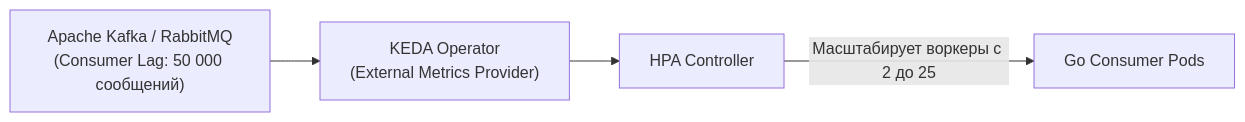
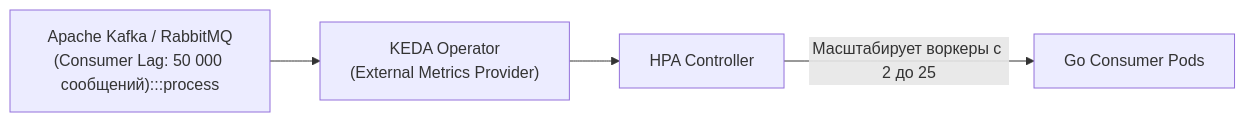
The fifth of 5 diagrams in sources/14. Распределенные системы на Go/07. Kubernetes и деплой/5. Horizontal scaling.md (UnrealTemplier/go-textbook), drawn with Mermaid before and after one commit. The commit also changed other lines of this file and 1666 other files, not shown here.

First line of the commit message:
feat(mermaid): add semantic color classDef to 1369 colorless flowchart/graph diagrams

````diff
--- a/sources/14. Распределенные системы на Go/07. Kubernetes и деплой/5. Horizontal scaling.md
+++ b/sources/14. Распределенные системы на Go/07. Kubernetes и деплой/5. Horizontal scaling.md
@@ -262,6 +282,16 @@
 ```mermaid
 flowchart LR
-    Kafka["Apache Kafka / RabbitMQ\n(Consumer Lag: 50 000 сообщений)"] --> KEDA["KEDA Operator\n(External Metrics Provider)"]
+    classDef process  fill:#1e293b,stroke:#38bdf8,stroke-width:1px,color:#f8fafc
+    classDef success  fill:#064e3b,stroke:#34d399,stroke-width:1px,color:#f8fafc
+    classDef error    fill:#7f1d1d,stroke:#f87171,stroke-width:1px,color:#f8fafc
+    classDef warning  fill:#78350f,stroke:#fbbf24,stroke-width:1px,color:#f8fafc
+    classDef entry    fill:#1e3a5f,stroke:#38bdf8,stroke-width:2px,color:#f8fafc
+    classDef aux      fill:#334155,stroke:#64748b,stroke-width:1px,color:#f8fafc
+    classDef system   fill:#312e81,stroke:#a78bfa,stroke-width:1px,color:#f8fafc
+    classDef data     fill:#132d29,stroke:#2dd4bf,stroke-width:1px,color:#f8fafc
+    classDef network  fill:#881337,stroke:#fb7185,stroke-width:1px,color:#f8fafc
+    classDef accent   fill:#1e1b4b,stroke:#818cf8,stroke-width:1px,color:#f8fafc
+    Kafka["Apache Kafka / RabbitMQ\n(Consumer Lag: 50 000 сообщений):::process"] --> KEDA["KEDA Operator\n(External Metrics Provider)"]
     KEDA --> HPA["HPA Controller"]
     HPA -->|"Масштабирует воркеры с 2 до 25"| Deployment["Go Consumer Pods"]
 ```
````
